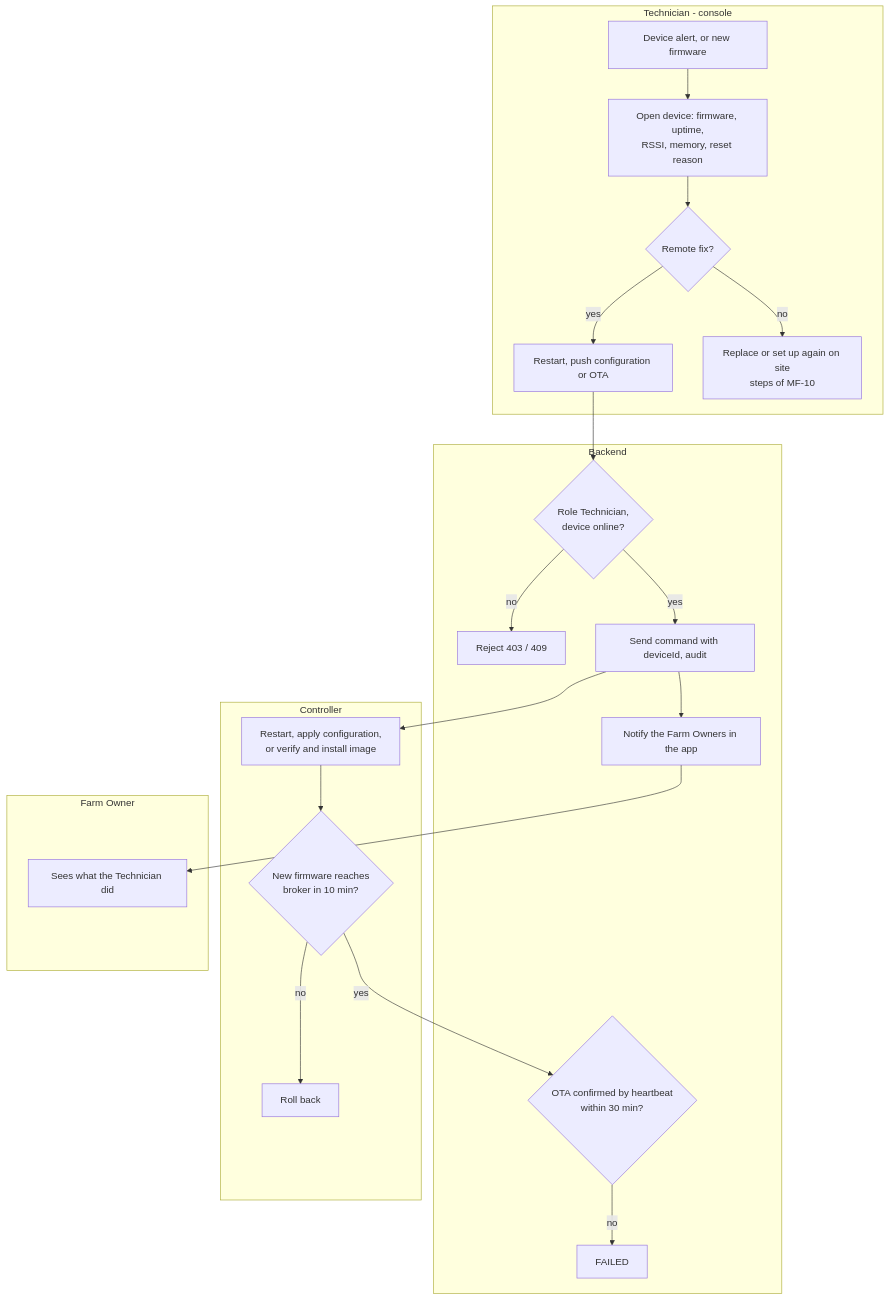
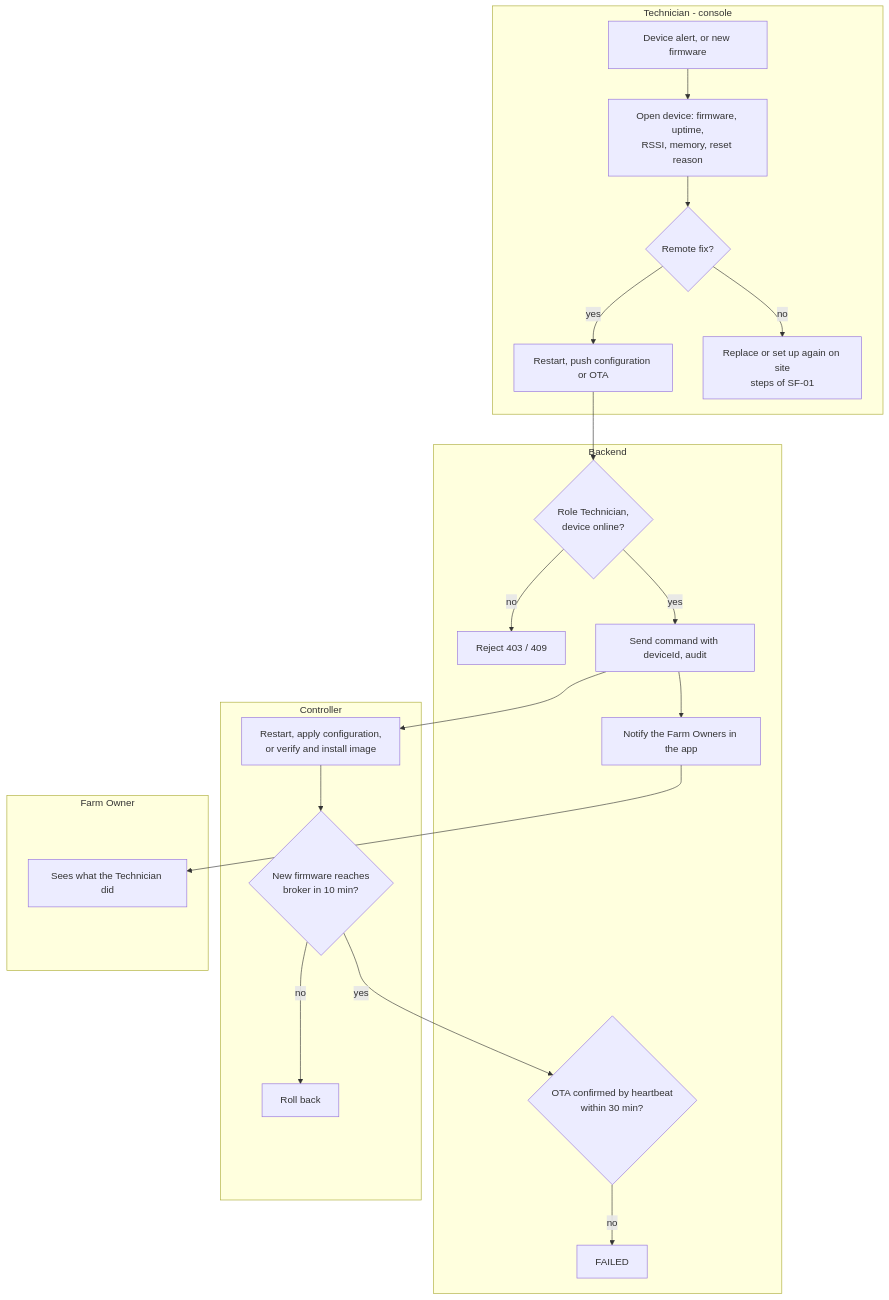
One commit to NBao261/SwiftletCare_KLTN changed diagram 28 of 31 in docs/reports/report4-sdd.md. Above: the diagram before and after it, drawn with Mermaid. The commit also changed other lines of this file and 34 other files, not shown here.

First line of the commit message:
docs(srs): regroup the main flows into six business processes

````diff
--- a/docs/reports/report4-sdd.md
+++ b/docs/reports/report4-sdd.md
@@ -1269,26 +1254,26 @@
 ```mermaid
 flowchart TB
   subgraph T[Technician - console]
     T0[Device alert, or new firmware] --> T1[Open device: firmware, uptime,<br/>RSSI, memory, reset reason]
     T1 --> T2{Remote fix?}
     T2 -- yes --> T3[Restart, push configuration or OTA]
-    T2 -- no --> T4[Replace or set up again on site<br/>steps of MF-10]
+    T2 -- no --> T4[Replace or set up again on site<br/>steps of SF-01]
   end
   subgraph B[Backend]
     B1{Role Technician,<br/>device online?} -- no --> B2[Reject 403 / 409]
     B1 -- yes --> B3[Send command with deviceId, audit]
     B3 --> B4[Notify the Farm Owners in the app]
     B5{OTA confirmed by heartbeat<br/>within 30 min?} -- no --> B6[FAILED]
   end
   subgraph C[Controller]
     C1[Restart, apply configuration,<br/>or verify and install image]
     C1 --> C2{New firmware reaches<br/>broker in 10 min?} -- no --> C3[Roll back]
   end
   subgraph O[Farm Owner]
     O1[Sees what the Technician did]
   end
   T3 --> B1
   B3 --> C1
   C2 -- yes --> B5
   B4 --> O1
 ```
````
